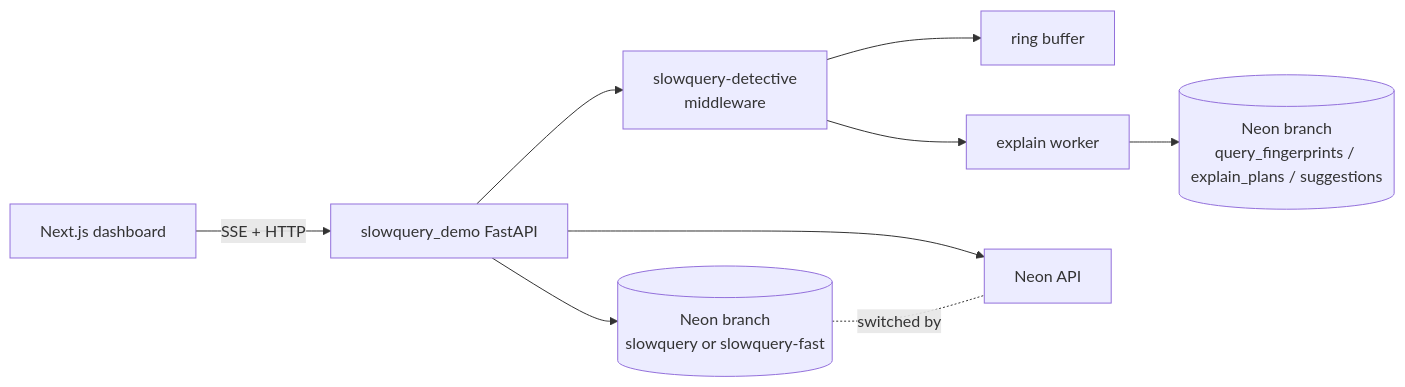
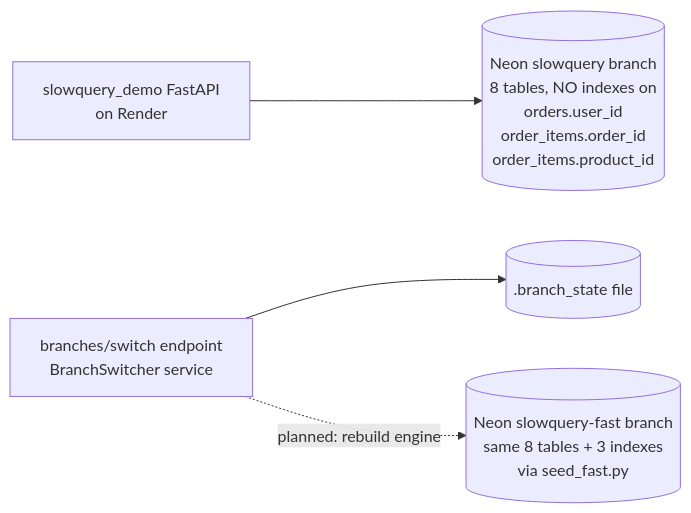
Before and after one commit to Abdul-Muizz1310/slowquery-demo-backend: the second of 2 diagrams in docs/ARCHITECTURE.md, drawn with Mermaid. The commit also changed other lines of this file and 4 other files, not shown here.

First line of the commit message:
docs: finalize README, WHY, ARCHITECTURE, DEMO + add DEVIATIONS for v0.1.0

````diff
--- a/docs/ARCHITECTURE.md
+++ b/docs/ARCHITECTURE.md
@@ -20,11 +58,12 @@
 ```mermaid
 flowchart LR
-  Dash[Next.js dashboard] -->|SSE + HTTP| App[slowquery_demo FastAPI]
-  App --> MW[slowquery-detective<br/>middleware]
-  MW --> Buffer[ring buffer]
-  MW --> Worker[explain worker]
-  Worker --> Store[(Neon branch<br/>query_fingerprints / explain_plans / suggestions)]
-  App --> Demo[(Neon branch<br/>slowquery or slowquery-fast)]
-  App --> NeonAPI[Neon API]
-  Demo -. switched by .- NeonAPI
+    App[slowquery_demo FastAPI<br/>on Render]
+    Switch[branches/switch endpoint<br/>BranchSwitcher service]
+    BranchState[(.branch_state file)]
+    Slow[(Neon slowquery branch<br/>8 tables, NO indexes on<br/>orders.user_id<br/>order_items.order_id<br/>order_items.product_id)]
+    Fast[(Neon slowquery-fast branch<br/>same 8 tables + 3 indexes<br/>via seed_fast.py)]
+
+    App --> Slow
+    Switch --> BranchState
+    Switch -. planned: rebuild engine .-> Fast
 ```
````
